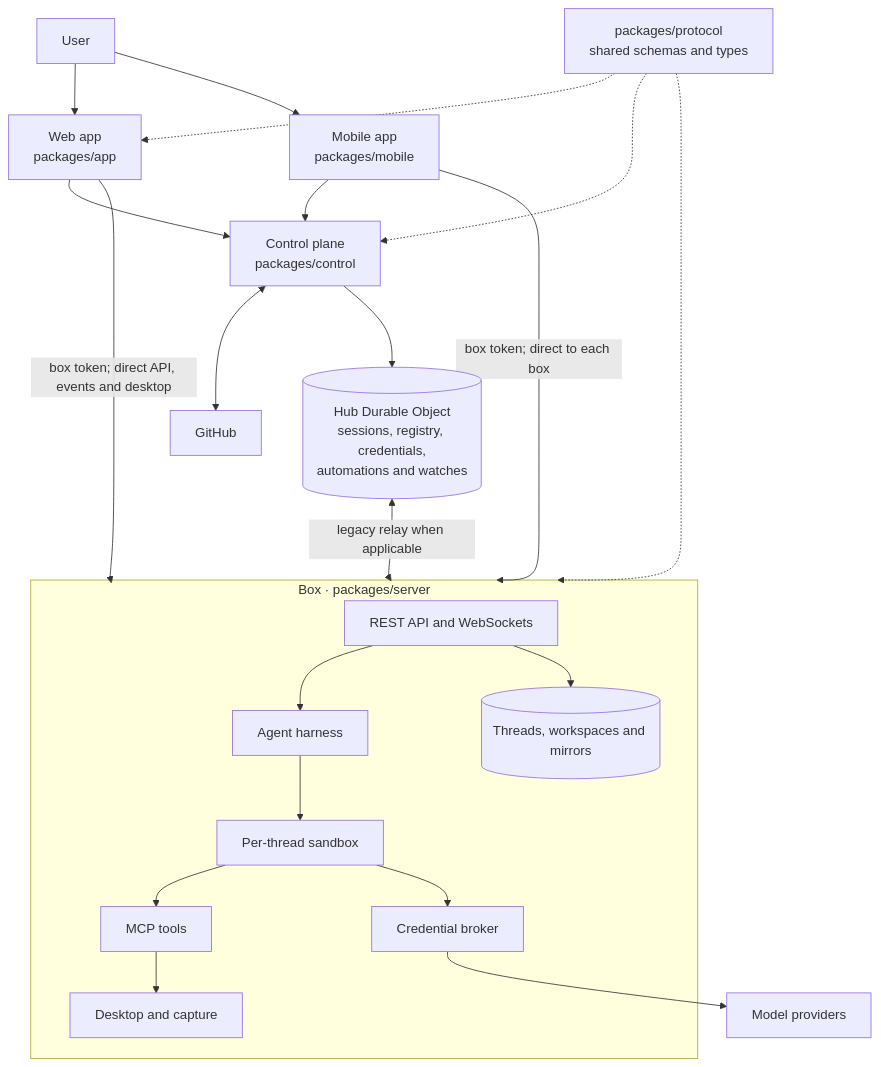
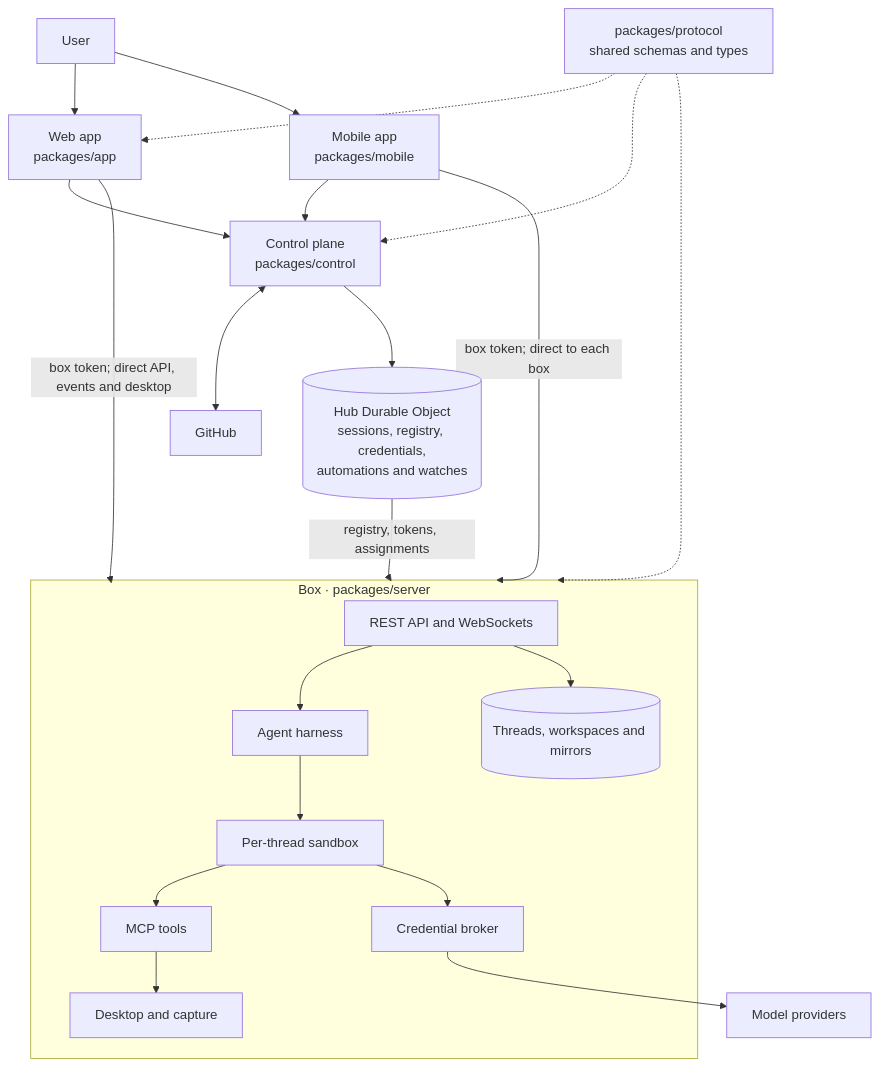
Before and after one commit to jarenm1/kestrel: the diagram in docs/architecture.md, drawn with Mermaid. The commit also changed other lines of this file and 97 other files, not shown here.

First line of the commit message:
Delete the legacy Hub<->box WebSocket relay; every box path is direct

````diff
--- a/docs/architecture.md
+++ b/docs/architecture.md
@@ -9,30 +9,30 @@
 ```mermaid
 flowchart TB
   U["User"] --> WEB["Web app<br/>packages/app"]
   U --> MOBILE["Mobile app<br/>packages/mobile"]
   WEB --> CTRL["Control plane<br/>packages/control"]
   MOBILE --> CTRL
   CTRL <--> GH["GitHub"]
   CTRL --> HUB[("Hub Durable Object<br/>sessions, registry, credentials,<br/>automations and watches")]
   WEB -->|"box token; direct API, events and desktop"| BOX
   MOBILE -->|"box token; direct to each box"| BOX
-  HUB <-->|"legacy relay when applicable"| BOX
+  HUB -->|"registry, tokens, assignments"| BOX
   subgraph BOX["Box · packages/server"]
     API["REST API and WebSockets"]
     HARNESS["Agent harness"]
     SANDBOX["Per-thread sandbox"]
     MCP["MCP tools"]
     BROKER["Credential broker"]
     DESKTOP["Desktop and capture"]
     DATA[("Threads, workspaces and mirrors")]
     API --> HARNESS --> SANDBOX
     API --> DATA
     SANDBOX --> MCP
     SANDBOX --> BROKER
     MCP --> DESKTOP
   end
   BROKER --> MODEL["Model providers"]
   PROTOCOL["packages/protocol<br/>shared schemas and types"] -.-> WEB
   PROTOCOL -.-> CTRL
   PROTOCOL -.-> BOX
 ```
````
